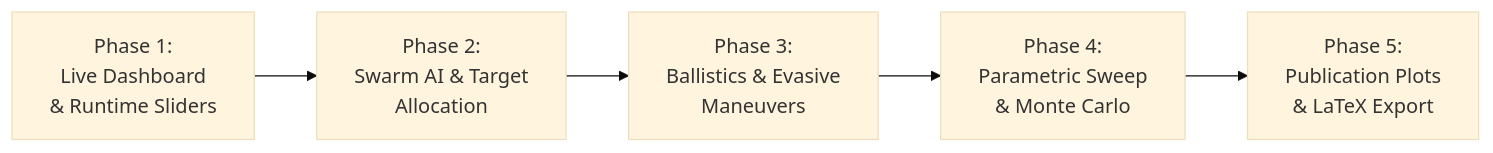
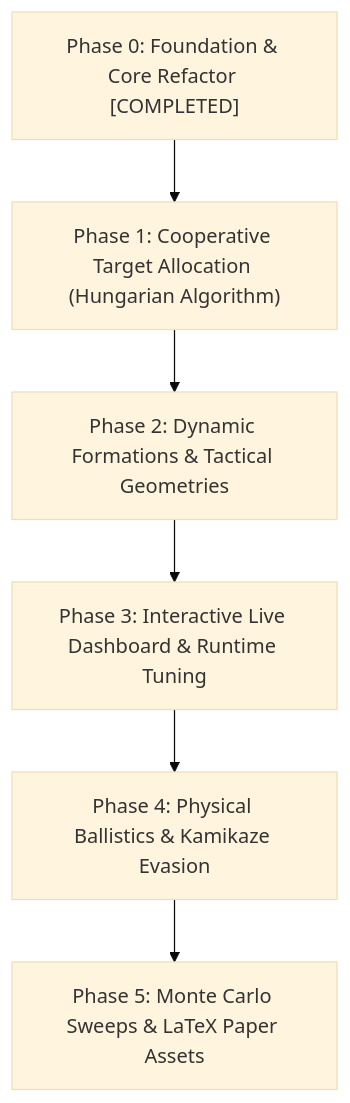
One commit to luizgiacomossi/Simulation_Wingman changed the diagram in ROADMAP.md. Above: the diagram before and after it, drawn with Mermaid (base theme). The commit also changed other lines of this file, not shown here.

````diff
--- a/ROADMAP.md
+++ b/ROADMAP.md
@@ -18,7 +9,8 @@
 ```mermaid
-flowchart LR
-    Phase1["Phase 1:<br/>Live Dashboard<br/>& Runtime Sliders"] --> Phase2["Phase 2:<br/>Swarm AI & Target<br/>Allocation"]
-    Phase2 --> Phase3["Phase 3:<br/>Ballistics & Evasive<br/>Maneuvers"]
-    Phase3 --> Phase4["Phase 4:<br/>Parametric Sweep<br/>& Monte Carlo"]
-    Phase4 --> Phase5["Phase 5:<br/>Publication Plots<br/>& LaTeX Export"]
+flowchart TD
+    P0["Phase 0: Foundation & Core Refactor [COMPLETED]"] --> P1["Phase 1: Cooperative Target Allocation (Hungarian Algorithm)"]
+    P1 --> P2["Phase 2: Dynamic Formations & Tactical Geometries"]
+    P2 --> P3["Phase 3: Interactive Live Dashboard & Runtime Tuning"]
+    P3 --> P4["Phase 4: Physical Ballistics & Kamikaze Evasion"]
+    P4 --> P5["Phase 5: Monte Carlo Sweeps & LaTeX Paper Assets"]
 ```
````
